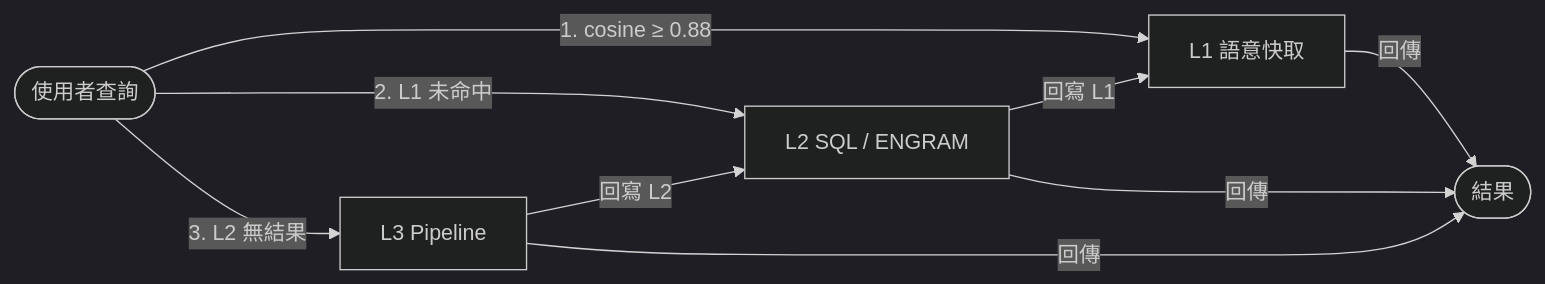
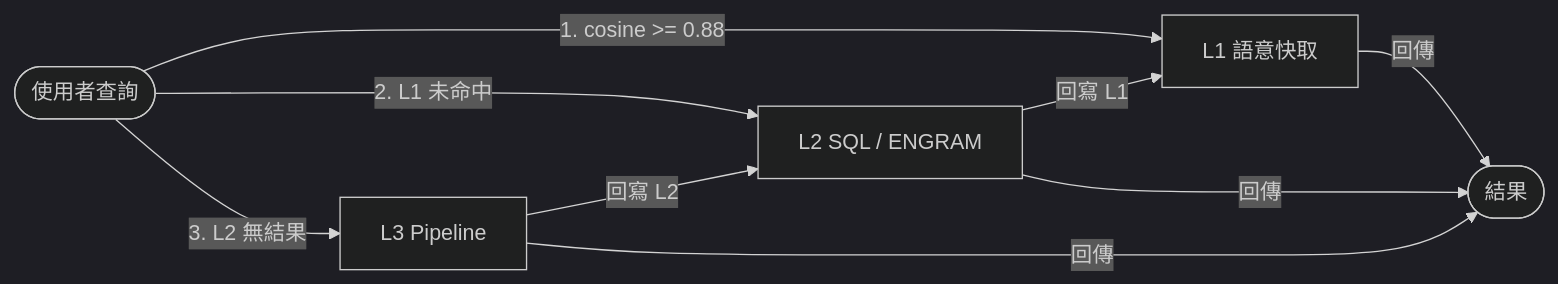
The second of 4 diagrams in plan_zh.md (ddmanyes/Evo_PRISM), drawn with Mermaid (dark theme) before and after one commit. The commit also changed other lines of this file, not shown here.

Commit message:
docs(plan): rewrite chapter 3 for academic rigor and fix appendix A7 Mermaid format

````diff
--- a/plan_zh.md
+++ b/plan_zh.md
@@ -136,14 +137,12 @@
 ```mermaid
 graph LR
-    Q(["使用者查詢"])
+Q(["使用者查詢"]) -->|"1. cosine >= 0.88"| L1["L1 語意快取"]
+Q -->|"2. L1 未命中"| L2["L2 SQL / ENGRAM"]
+Q -->|"3. L2 無結果"| L3["L3 Pipeline"]
 
-    Q -->|"1. cosine ≥ 0.88"| L1["L1 語意快取"]
-    Q -->|"2. L1 未命中"| L2["L2 SQL / ENGRAM"]
-    Q -->|"3. L2 無結果"| L3["L3 Pipeline"]
-
-    L3 -->|"回寫 L2"| L2
-    L2 -->|"回寫 L1"| L1
-    L1 -->|"回傳"| A(["結果"])
-    L2 -->|"回傳"| A
-    L3 -->|"回傳"| A
+L3 -->|"回寫 L2"| L2
+L2 -->|"回寫 L1"| L1
+L1 -->|"回傳"| A(["結果"])
+L2 -->|"回傳"| A
+L3 -->|"回傳"| A
 ```
````
